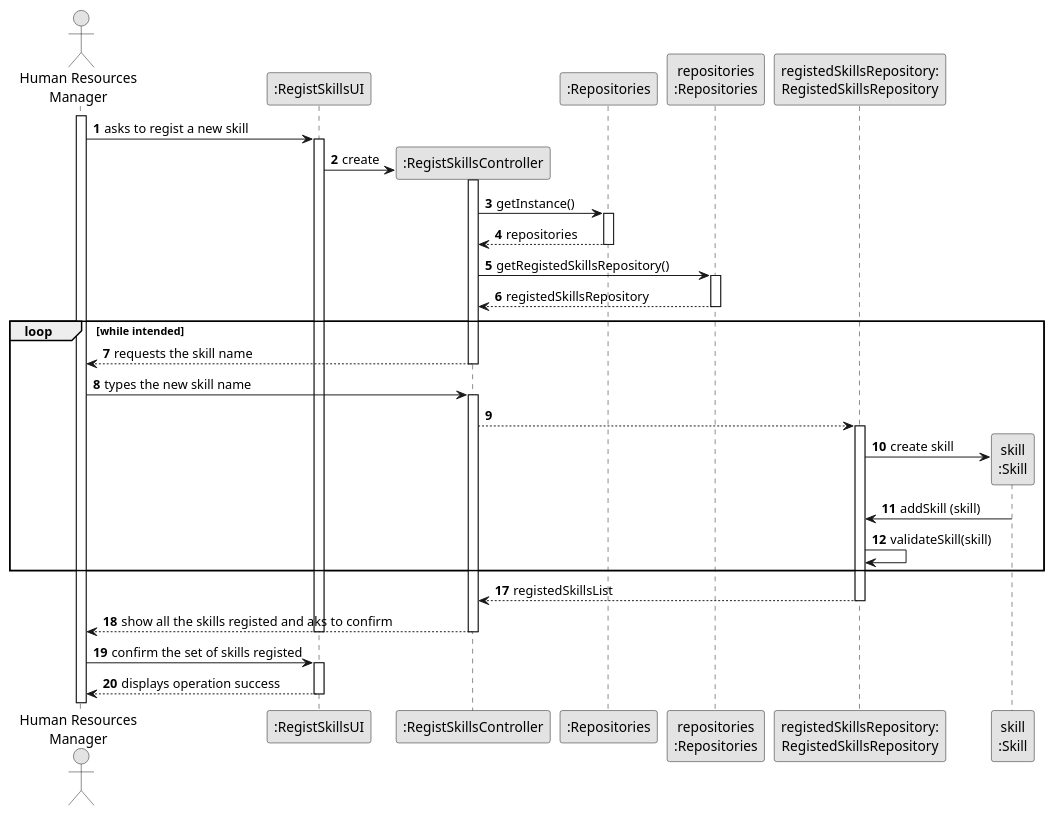
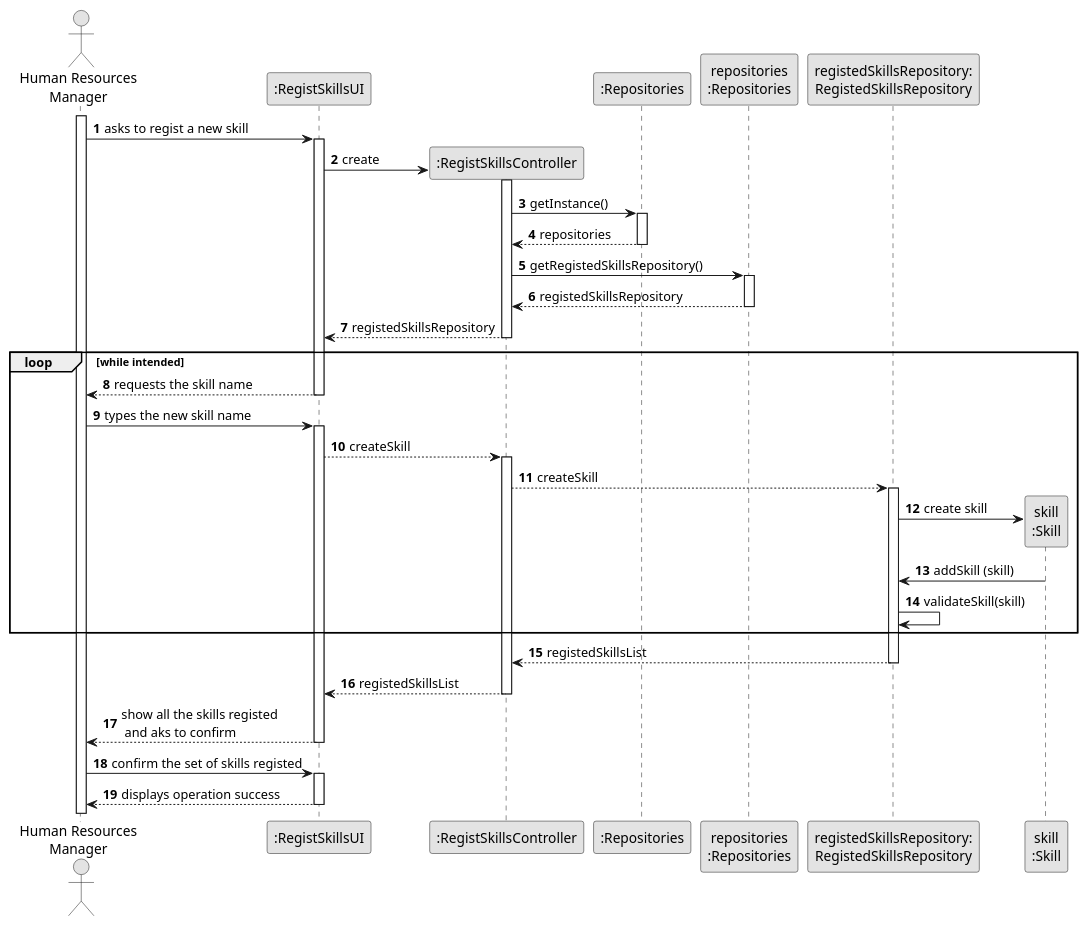
The diagram in docs/sprint2/us001/03.design/puml/us001-sequence-diagram-full.puml (1231360-ISEP/lei-24-s2-1db-g021), drawn with PlantUML before and after one commit. The commit also changed 8 other files, not shown here.

```diff
--- a/docs/sprint2/us001/03.design/puml/us001-sequence-diagram-full.puml
+++ b/docs/sprint2/us001/03.design/puml/us001-sequence-diagram-full.puml
@@ -1,72 +1,78 @@
 @startuml
 skinparam monochrome true
 skinparam packageStyle rectangle
 skinparam shadowing false
 
 actor "Human Resources\nManager" as HRM
 participant ":RegistSkillsUI" as UI
 participant ":RegistSkillsController" as CTRL
 participant ":Repositories" as RepositorySingleton
 participant "repositories\n:Repositories" as PLAT
 participant "registedSkillsRepository:\nRegistedSkillsRepository" as RegistedSkillsRepository
 participant "skill\n:Skill" as TAREFA
 
 autonumber 1
 
 activate HRM
 
     HRM -> UI : asks to regist a new skill
     activate UI
 
         UI -> CTRL** : create
 
         activate CTRL
 
         CTRL -> RepositorySingleton : getInstance()
         activate RepositorySingleton
 
             RepositorySingleton --> CTRL: repositories
         deactivate RepositorySingleton
 
         CTRL -> PLAT : getRegistedSkillsRepository()
         activate PLAT
 
             PLAT --> CTRL: registedSkillsRepository
         deactivate PLAT
 
-    loop while intended
-            CTRL --> HRM : requests the skill name
+        UI <-- CTRL : registedSkillsRepository
         deactivate CTRL
 
-        HRM -> CTRL : types the new skill name
+    loop while intended
+            UI --> HRM : requests the skill name
+        deactivate UI
+
+        HRM -> UI : types the new skill name
+        activate UI
+            UI --> CTRL: createSkill
         activate CTRL
 
-            CTRL --> RegistedSkillsRepository
+
+            CTRL --> RegistedSkillsRepository : createSkill
 
             activate RegistedSkillsRepository
 
                 RegistedSkillsRepository -> TAREFA**: create skill
                 TAREFA -> RegistedSkillsRepository: addSkill (skill)
 
                     RegistedSkillsRepository -> RegistedSkillsRepository: validateSkill(skill)
 
-                autonumber 17
-
     end
                 RegistedSkillsRepository --> CTRL : registedSkillsList
-
             deactivate RegistedSkillsRepository
 
-        CTRL --> HRM : show all the skills registed and aks to confirm
+            CTRL --> UI : registedSkillsList
+        deactivate CTRL
+
+        UI --> HRM : show all the skills registed\n and aks to confirm
 
             deactivate CTRL
-            deactivate UI
+        deactivate UI
 
     HRM -> UI : confirm the set of skills registed
     activate UI
 
     UI --> HRM : displays operation success
     deactivate UI
 
 
 @enduml
```
